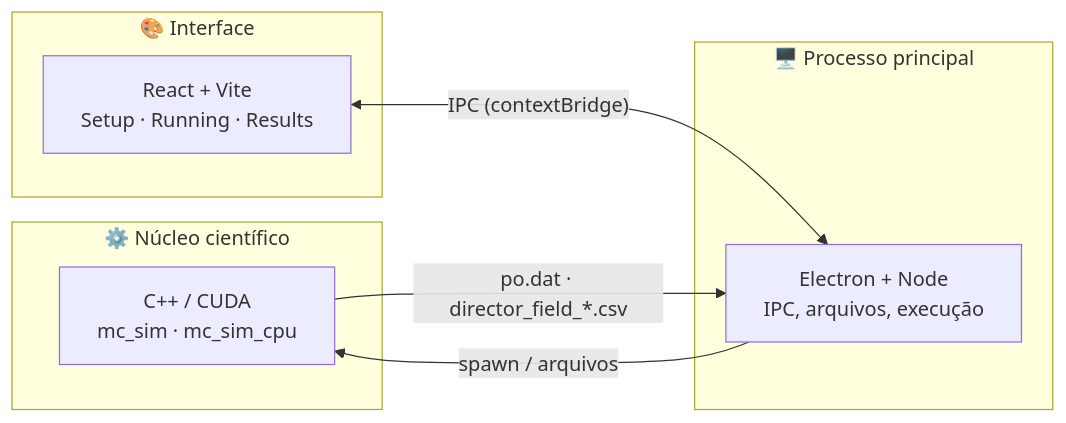
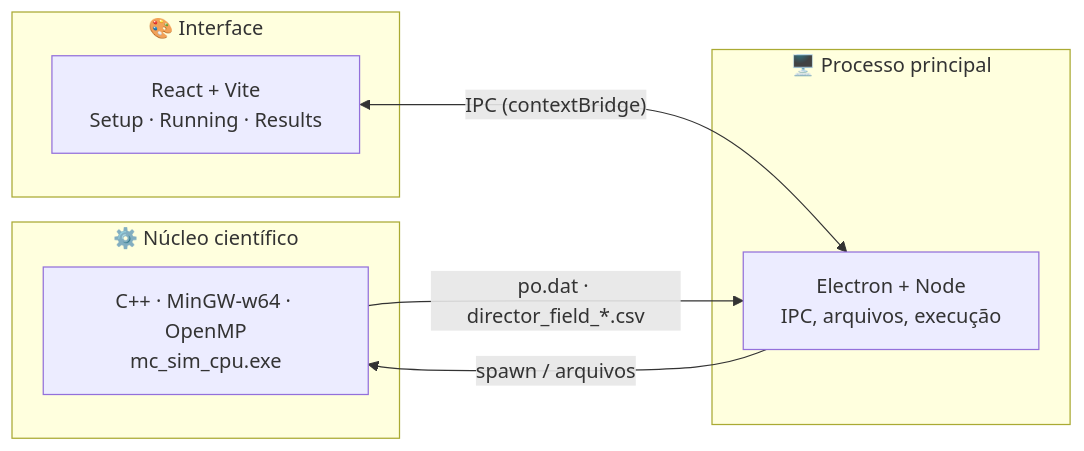
The diagram in README.md (kamakawa/MClist-Windows), drawn with Mermaid before and after one commit. The commit also changed other lines of this file, not shown here.

````diff
--- a/README.md
+++ b/README.md
@@ -80,16 +231,16 @@
 ```mermaid
 flowchart LR
     subgraph Backend["⚙️ Núcleo científico"]
-        A["C++ / CUDA<br/>mc_sim · mc_sim_cpu"]
+        A["C++ · MinGW-w64 · OpenMP<br/>mc_sim_cpu.exe"]
     end
     subgraph Main["🖥️ Processo principal"]
         B["Electron + Node<br/>IPC, arquivos, execução"]
     end
     subgraph Renderer["🎨 Interface"]
         C["React + Vite<br/>Setup · Running · Results"]
     end
 
     C <-- "IPC (contextBridge)" --> B
     B -- "spawn / arquivos" --> A
     A -- "po.dat · director_field_*.csv" --> B
 ```
````
